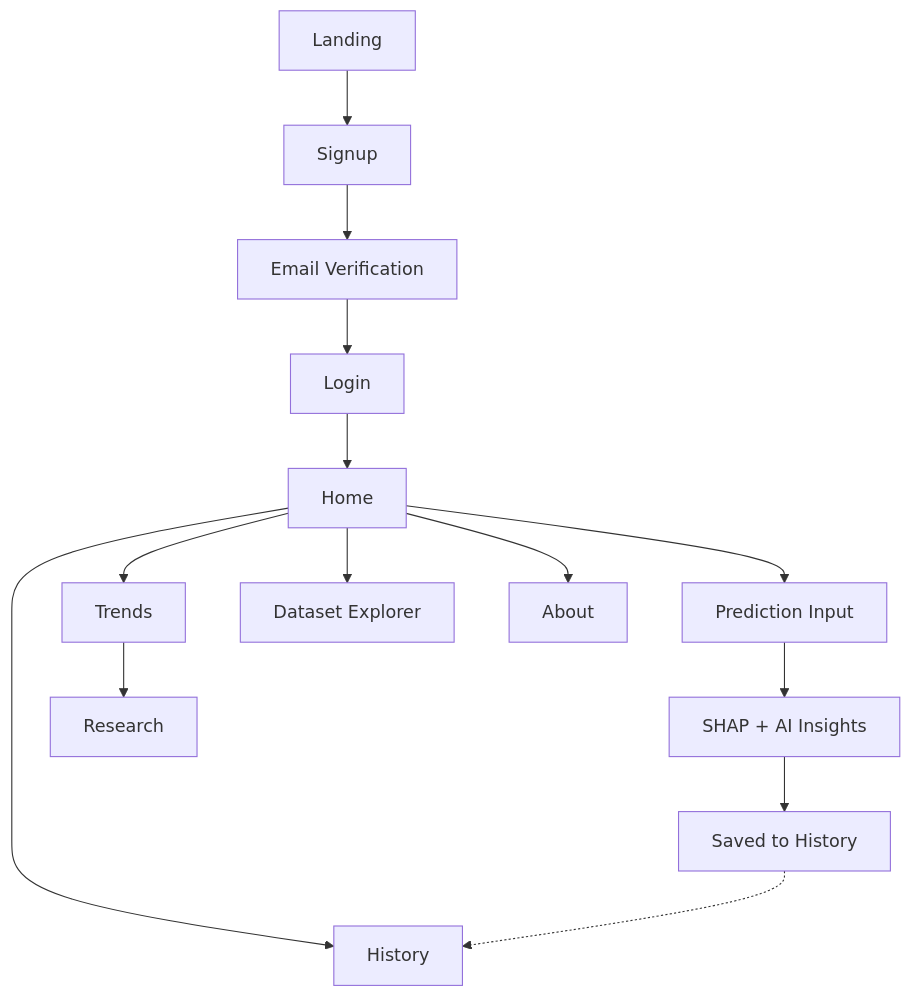
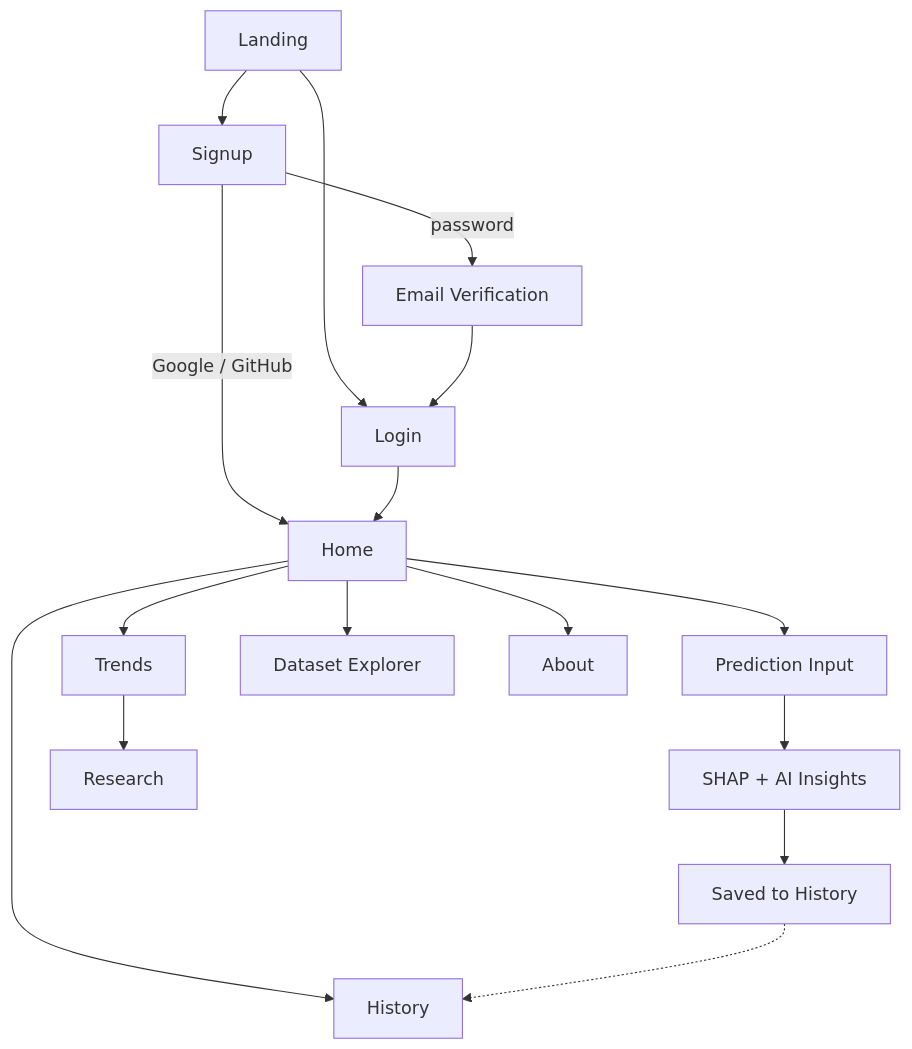
Before and after one commit to dhyeydaftary/antibiotic-resistance-intelligence-platform: the second of 3 diagrams in README.md, drawn with Mermaid. The commit also changed other lines of this file and 44 other files, not shown here.

````diff
--- a/README.md
+++ b/README.md
@@ -243,19 +245,21 @@
 ```mermaid
 flowchart TD
     L["Landing"] --> S["Signup"]
-    S --> V["Email Verification"]
-    V --> Login["Login"]
-    Login --> H["Home"]
+    L --> Login["Login"]
+    S -->|"password"| V["Email Verification"]
+    S -->|"Google / GitHub"| H["Home"]
+    V --> Login
+    Login --> H
 
     H --> P["Prediction Input"]
     P --> SH["SHAP + AI Insights"]
     SH --> HI["Saved to History"]
 
     H --> Hist["History"]
     H --> T["Trends"]
     T --> R["Research"]
     H --> E["Dataset Explorer"]
     H --> A["About"]
 
     HI -.-> Hist
 ```
````
